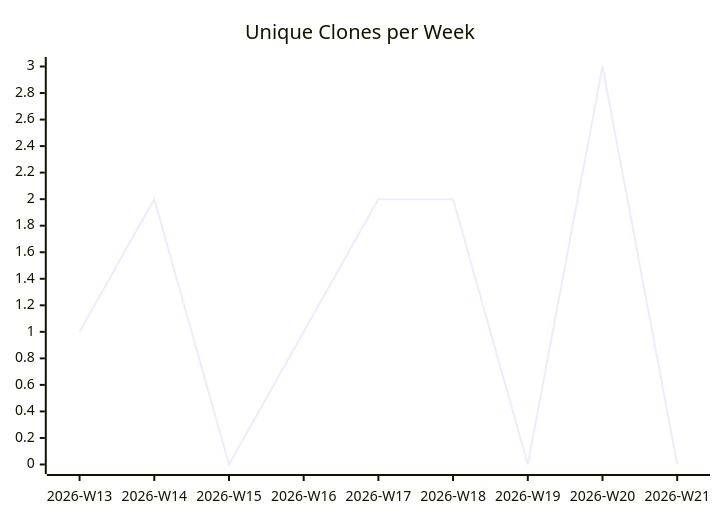
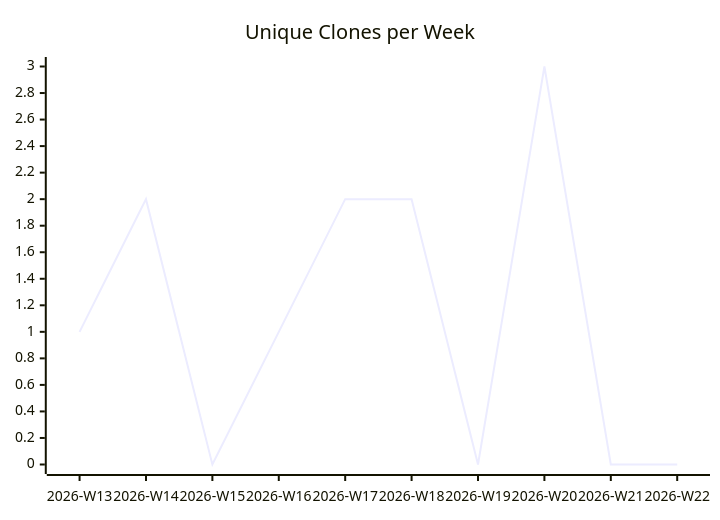
Before and after one commit to justdavis-family/github-analytics-data: the third of 3 diagrams in karlmdavis/hapi-fhir-jpaserver-starter/README.md, drawn with Mermaid. The commit also changed other lines of this file and 190 other files, not shown here.

````diff
--- a/karlmdavis/hapi-fhir-jpaserver-starter/README.md
+++ b/karlmdavis/hapi-fhir-jpaserver-starter/README.md
@@ -19,6 +19,6 @@
 ```mermaid
 xychart-beta
   title "Unique Clones per Week"
-  x-axis ["2026-W13", "2026-W14", "2026-W15", "2026-W16", "2026-W17", "2026-W18", "2026-W19", "2026-W20", "2026-W21"]
-  line [1, 2, 0, 1, 2, 2, 0, 3, 0]
+  x-axis ["2026-W13", "2026-W14", "2026-W15", "2026-W16", "2026-W17", "2026-W18", "2026-W19", "2026-W20", "2026-W21", "2026-W22"]
+  line [1, 2, 0, 1, 2, 2, 0, 3, 0, 0]
 ```
````
